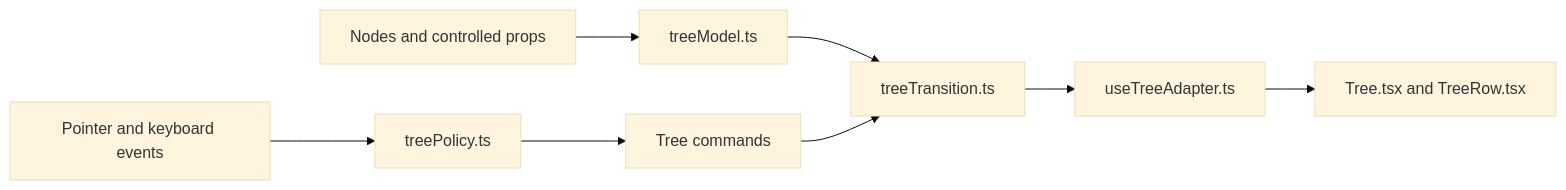
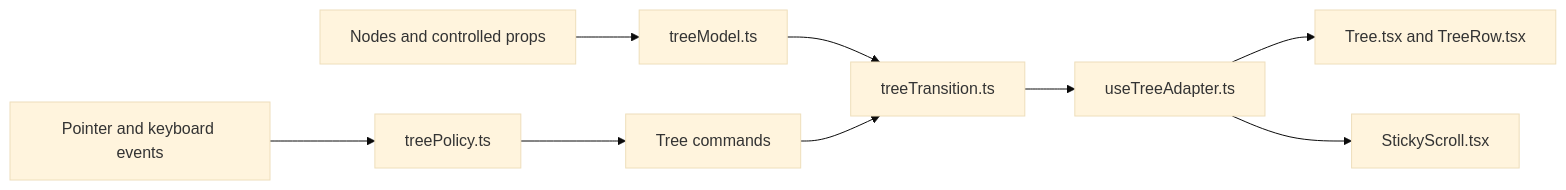
Before and after one commit to coder/vscode-coder: the diagram in packages/ui/README.md, drawn with Mermaid (base theme). The commit also changed other lines of this file and 22 other files, not shown here.

````diff
--- a/packages/ui/README.md
+++ b/packages/ui/README.md
@@ -104,13 +130,14 @@
 ```mermaid
 flowchart LR
   accTitle: Tree architecture
   accDescr: Data and input flow through the pure Tree modules into the React and DOM adapter.
 
   Props[Nodes and controlled props] --> Model[treeModel.ts]
   Events[Pointer and keyboard events] --> Policy[treePolicy.ts]
   Policy --> Commands[Tree commands]
   Model --> Transition[treeTransition.ts]
   Commands --> Transition
   Transition --> Adapter[useTreeAdapter.ts]
   Adapter --> Rows[Tree.tsx and TreeRow.tsx]
+  Adapter --> Sticky[StickyScroll.tsx]
 ```
````
